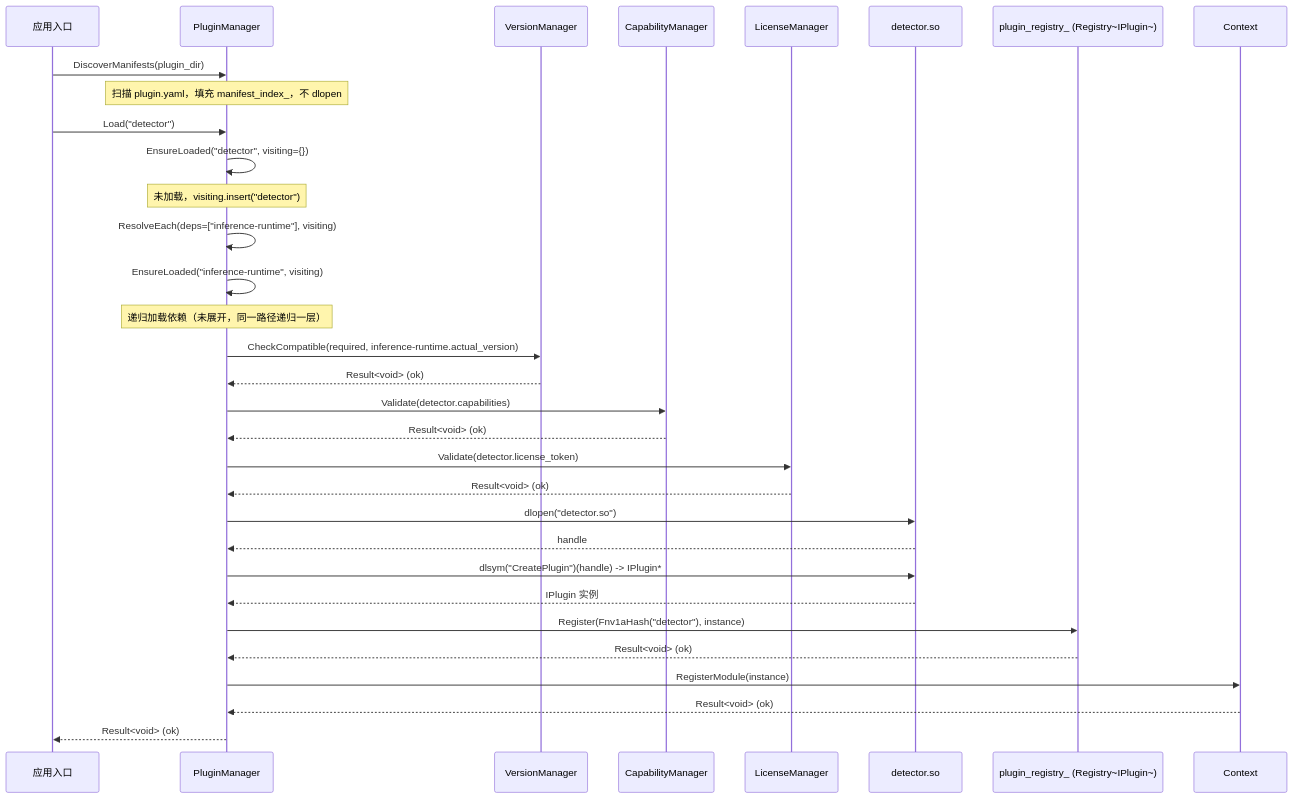
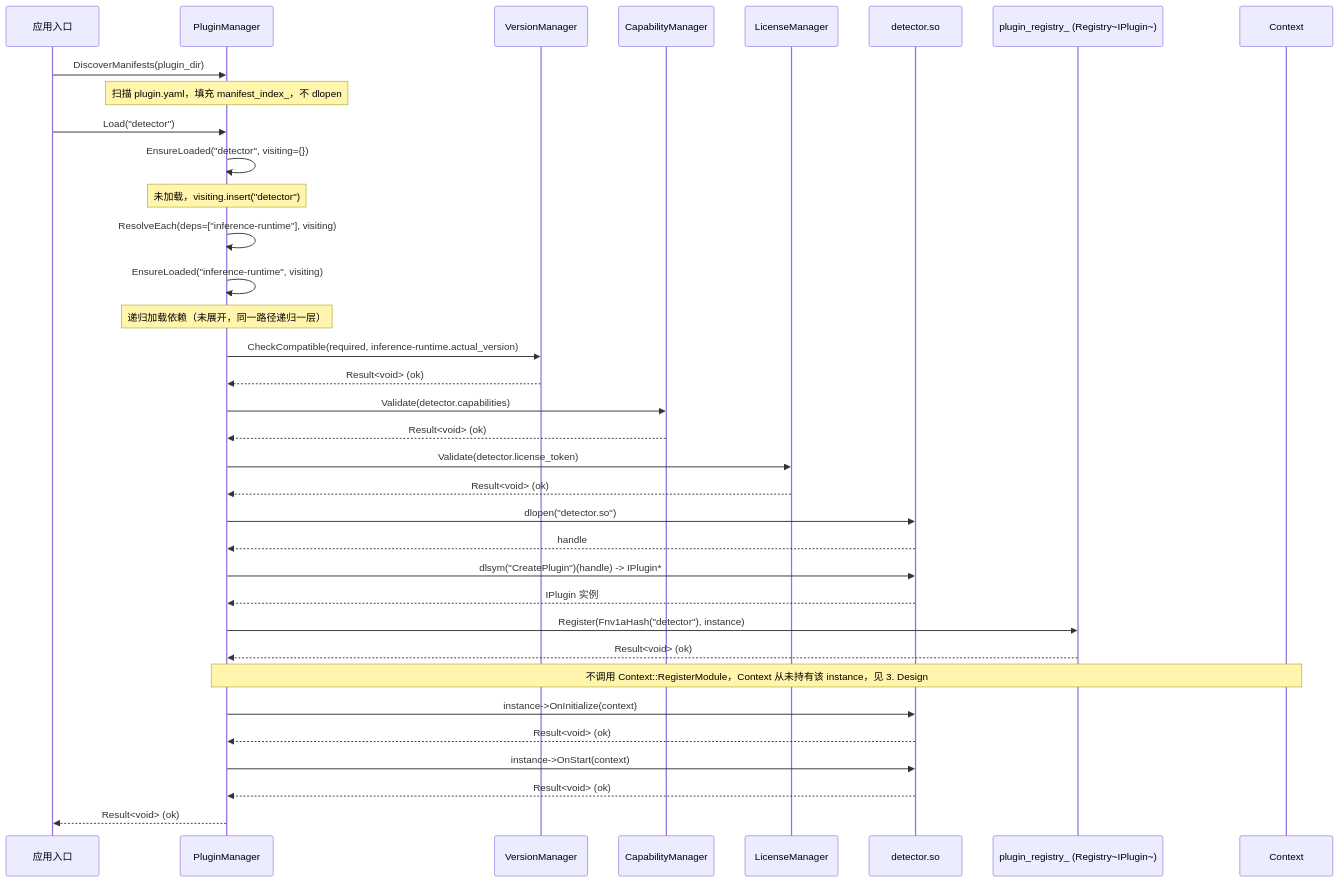
One commit to celien99/surface-ai changed the second of 2 diagrams in docs/surface-ai/design/milestone-01-foundation/1.3-core-plugin-system.md. Above: the diagram before and after it, drawn with Mermaid. The commit also changed other lines of this file, not shown here.

````diff
--- a/docs/surface-ai/design/milestone-01-foundation/1.3-core-plugin-system.md
+++ b/docs/surface-ai/design/milestone-01-foundation/1.3-core-plugin-system.md
@@ -444,37 +452,40 @@
 ```mermaid
 sequenceDiagram
     participant Main as 应用入口
     participant PM as PluginManager
     participant Ver as VersionManager
     participant Cap as CapabilityManager
     participant Lic as LicenseManager
     participant So as detector.so
     participant Reg as plugin_registry_ (Registry~IPlugin~)
     participant Ctx as Context
 
     Main->>PM: DiscoverManifests(plugin_dir)
     Note over PM: 扫描 plugin.yaml，填充 manifest_index_，不 dlopen
 
     Main->>PM: Load("detector")
     PM->>PM: EnsureLoaded("detector", visiting={})
     Note over PM: 未加载，visiting.insert("detector")
     PM->>PM: ResolveEach(deps=["inference-runtime"], visiting)
     PM->>PM: EnsureLoaded("inference-runtime", visiting)
     Note over PM: 递归加载依赖（未展开，同一路径递归一层）
     PM->>Ver: CheckCompatible(required, inference-runtime.actual_version)
     Ver-->>PM: Result<void> (ok)
 
     PM->>Cap: Validate(detector.capabilities)
     Cap-->>PM: Result<void> (ok)
     PM->>Lic: Validate(detector.license_token)
     Lic-->>PM: Result<void> (ok)
     PM->>So: dlopen("detector.so")
     So-->>PM: handle
     PM->>So: dlsym("CreatePlugin")(handle) -> IPlugin*
     So-->>PM: IPlugin 实例
     PM->>Reg: Register(Fnv1aHash("detector"), instance)
     Reg-->>PM: Result<void> (ok)
-    PM->>Ctx: RegisterModule(instance)
-    Ctx-->>PM: Result<void> (ok)
+    Note over PM,Ctx: 不调用 Context::RegisterModule，Context 从未持有该 instance，见 3. Design
+    PM->>So: instance->OnInitialize(context)
+    So-->>PM: Result<void> (ok)
+    PM->>So: instance->OnStart(context)
+    So-->>PM: Result<void> (ok)
     PM-->>Main: Result<void> (ok)
 ```
````
